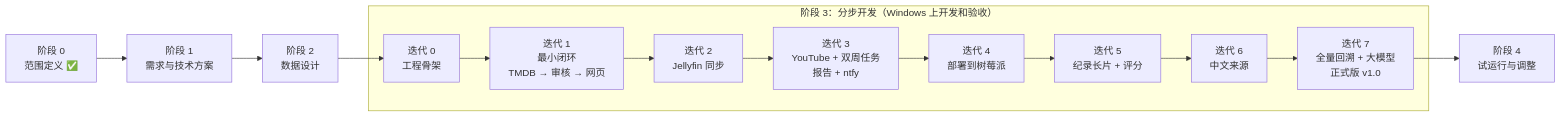
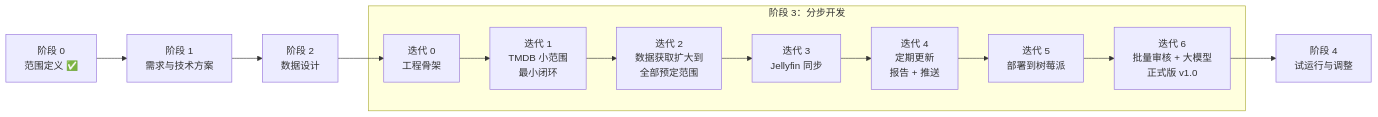
The first of 2 diagrams in docs/plan.md (hfeng-9527/Documentary), drawn with Mermaid before and after one commit. The commit also changed other lines of this file and 4 other files, not shown here.

````diff
--- a/docs/plan.md
+++ b/docs/plan.md
@@ -26,16 +26,15 @@
 ```mermaid
 flowchart LR
     P0["阶段 0<br/>范围定义 ✅"] --> P1["阶段 1<br/>需求与技术方案"]
     P1 --> P2["阶段 2<br/>数据设计"]
     P2 --> I0
-    subgraph P3["阶段 3：分步开发（Windows 上开发和验收）"]
-        I0["迭代 0<br/>工程骨架"] --> I1["迭代 1<br/>最小闭环<br/>TMDB → 审核 → 网页"]
-        I1 --> I2["迭代 2<br/>Jellyfin 同步"]
-        I2 --> I3["迭代 3<br/>YouTube + 双周任务<br/>报告 + ntfy"]
-        I3 --> I4["迭代 4<br/>部署到树莓派"]
-        I4 --> I5["迭代 5<br/>纪录长片 + 评分"]
-        I5 --> I6["迭代 6<br/>中文来源"]
-        I6 --> I7["迭代 7<br/>全量回溯 + 大模型<br/>正式版 v1.0"]
+    subgraph P3["阶段 3：分步开发"]
+        I0["迭代 0<br/>工程骨架"] --> I1["迭代 1<br/>TMDB 小范围<br/>最小闭环"]
+        I1 --> I2["迭代 2<br/>数据获取扩大到<br/>全部预定范围"]
+        I2 --> I3["迭代 3<br/>Jellyfin 同步"]
+        I3 --> I4["迭代 4<br/>定期更新<br/>报告 + 推送"]
+        I4 --> I5["迭代 5<br/>部署到树莓派"]
+        I5 --> I6["迭代 6<br/>批量审核 + 大模型<br/>正式版 v1.0"]
     end
-    I7 --> P4["阶段 4<br/>试运行与调整"]
+    I6 --> P4["阶段 4<br/>试运行与调整"]
 ```
````
